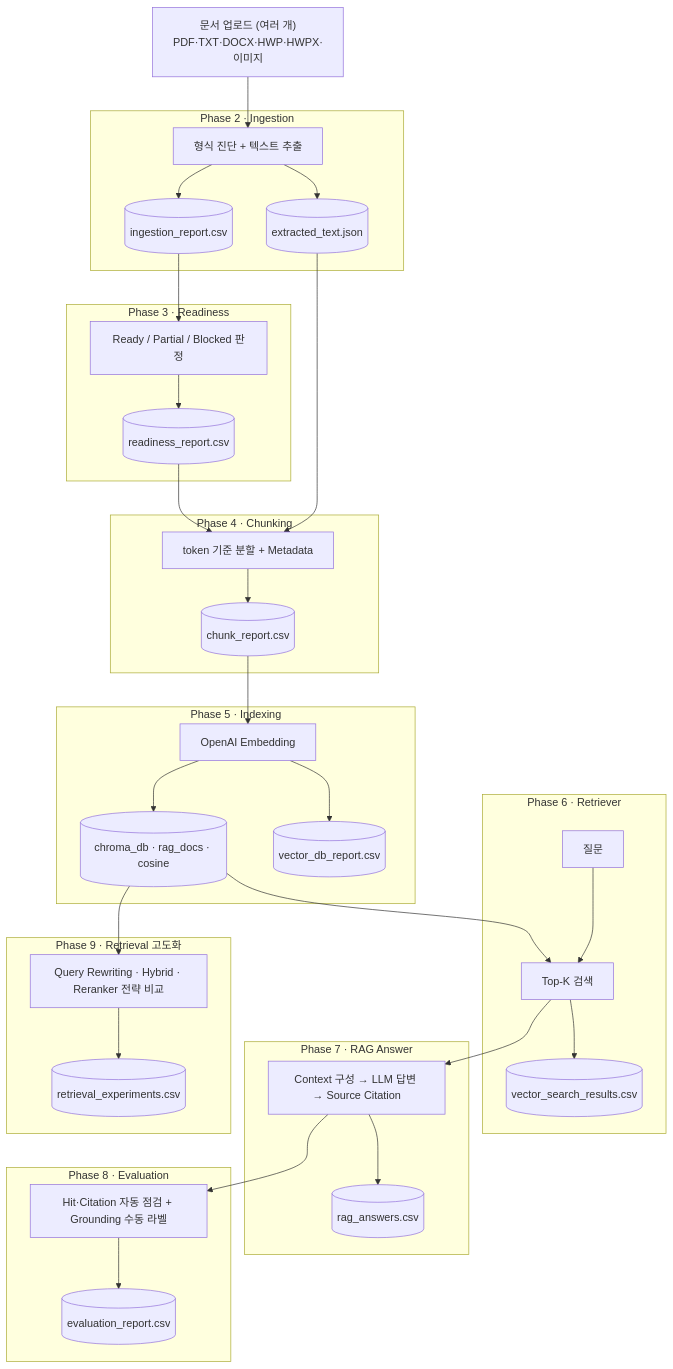
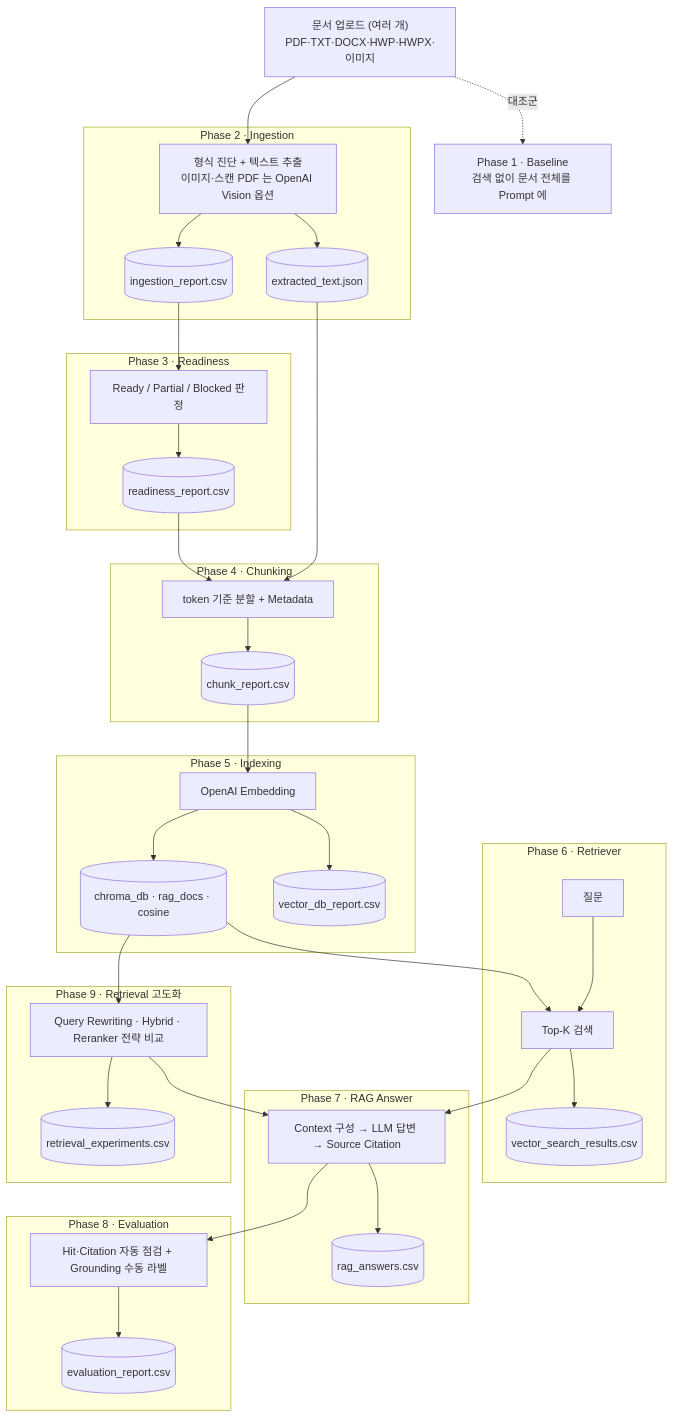
Before and after one commit to researcherhojin/RAG-practice: the diagram in README.md, drawn with Mermaid. The commit also changed other lines of this file and 1 other file, not shown here.

First line of the commit message:
docs: rigorous mermaid, plain-language flow guide, OpenAI cost table; harden gitignore

````diff
--- a/README.md
+++ b/README.md
@@ -24,47 +24,50 @@
 ```mermaid
 flowchart TD
     U["문서 업로드 (여러 개)<br/>PDF·TXT·DOCX·HWP·HWPX·이미지"] --> ING
 
     subgraph P2["Phase 2 · Ingestion"]
-        ING["형식 진단 + 텍스트 추출"] --> ICSV[("ingestion_report.csv")]
+        ING["형식 진단 + 텍스트 추출<br/>이미지·스캔 PDF 는 OpenAI Vision 옵션"] --> ICSV[("ingestion_report.csv")]
         ING --> TXT[("extracted_text.json")]
     end
 
     ICSV --> RDY
     subgraph P3["Phase 3 · Readiness"]
         RDY["Ready / Partial / Blocked 판정"] --> RCSV[("readiness_report.csv")]
     end
 
     RCSV --> CHK
     TXT --> CHK
     subgraph P4["Phase 4 · Chunking"]
         CHK["token 기준 분할 + Metadata"] --> CCSV[("chunk_report.csv")]
     end
 
     CCSV --> IDX
     subgraph P5["Phase 5 · Indexing"]
         IDX["OpenAI Embedding"] --> DB[("chroma_db · rag_docs · cosine")]
         IDX --> VCSV[("vector_db_report.csv")]
     end
 
     DB --> RET
     subgraph P6["Phase 6 · Retriever"]
         Q["질문"] --> RET["Top-K 검색"]
         RET --> SCSV[("vector_search_results.csv")]
     end
 
     RET --> ANS
     subgraph P7["Phase 7 · RAG Answer"]
         ANS["Context 구성 → LLM 답변 → Source Citation"] --> ACSV[("rag_answers.csv")]
     end
 
     ANS --> EVAL
     subgraph P8["Phase 8 · Evaluation"]
         EVAL["Hit·Citation 자동 점검 + Grounding 수동 라벨"] --> ECSV[("evaluation_report.csv")]
     end
 
     DB --> ADV
     subgraph P9["Phase 9 · Retrieval 고도화"]
         ADV["Query Rewriting · Hybrid · Reranker 전략 비교"] --> XCSV[("retrieval_experiments.csv")]
     end
+    ADV --> ANS
+
+    U -. 대조군 .-> BASE["Phase 1 · Baseline<br/>검색 없이 문서 전체를 Prompt 에"]
 ```
````
